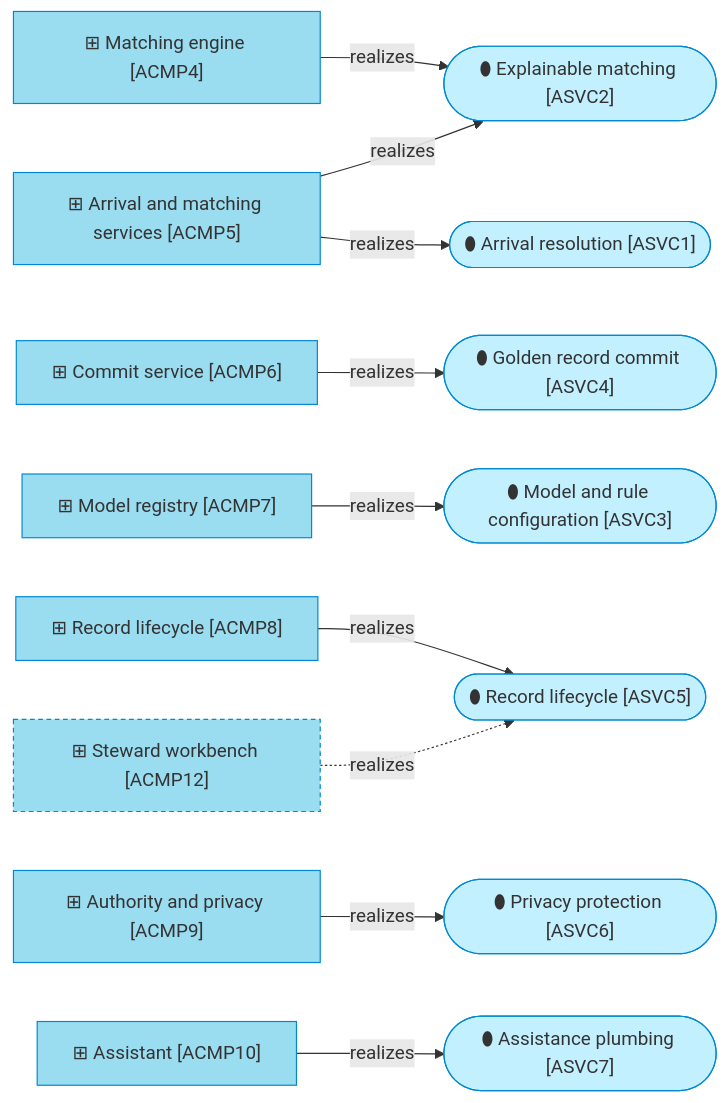
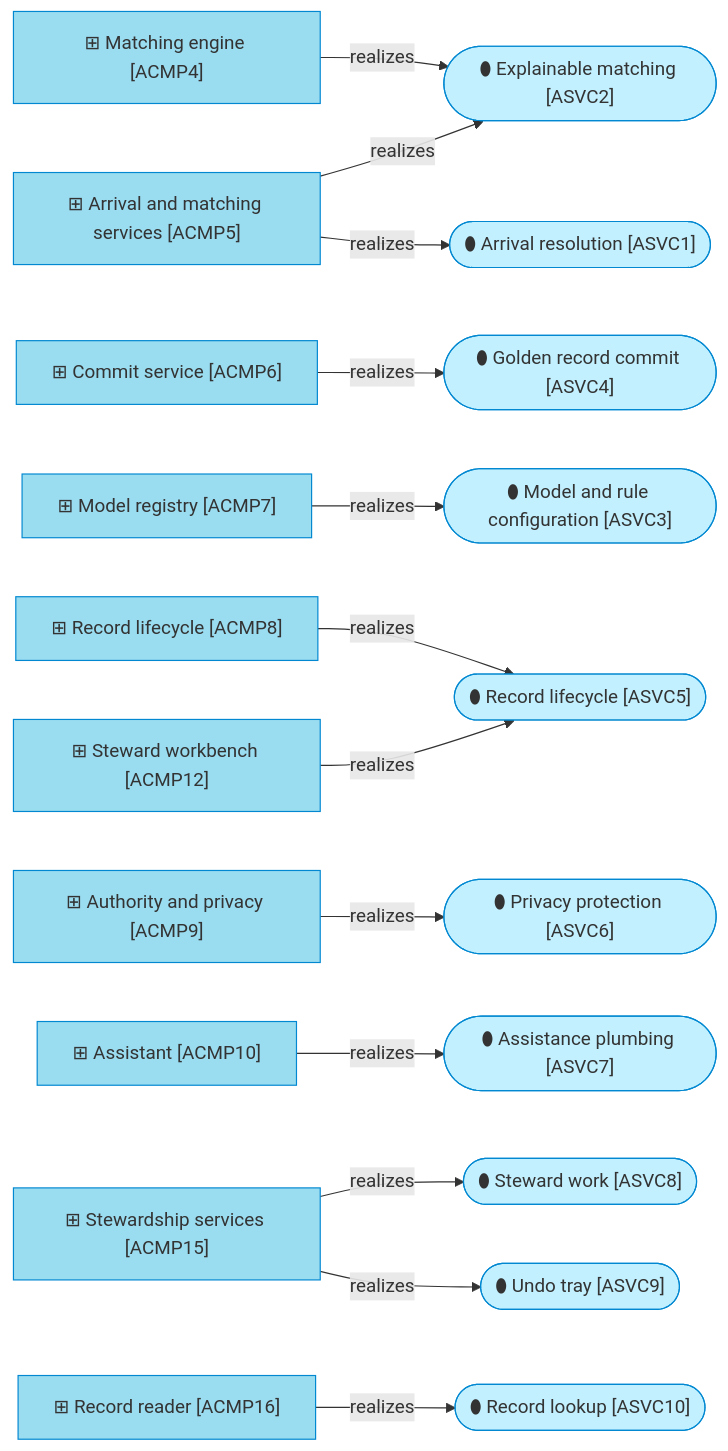
Before and after one commit to roanboc/dbx-master-data-manager: the second of 2 diagrams in architecture/4_application/2_application-components.md, drawn with Mermaid. The commit also changed other lines of this file and 43 other files, not shown here.

First line of the commit message:
docs: plan the steward workbench and model its first story (initiative 3)

````diff
--- a/architecture/4_application/2_application-components.md
+++ b/architecture/4_application/2_application-components.md
@@ -100,33 +121,40 @@
 ```mermaid
 flowchart LR
   acmp4["⊞ Matching engine [ACMP4]"]:::component
   acmp5["⊞ Arrival and matching services [ACMP5]"]:::component
   acmp6["⊞ Commit service [ACMP6]"]:::component
   acmp7["⊞ Model registry [ACMP7]"]:::component
   acmp8["⊞ Record lifecycle [ACMP8]"]:::component
   acmp9["⊞ Authority and privacy [ACMP9]"]:::component
   acmp10["⊞ Assistant [ACMP10]"]:::component
-  acmp12["⊞ Steward workbench [ACMP12]"]:::pending
+  acmp12["⊞ Steward workbench [ACMP12]"]:::component
+  acmp15["⊞ Stewardship services [ACMP15]"]:::component
+  acmp16["⊞ Record reader [ACMP16]"]:::component
 
   asvc1(["⬮ Arrival resolution [ASVC1]"]):::appservice
   asvc2(["⬮ Explainable matching [ASVC2]"]):::appservice
   asvc3(["⬮ Model and rule configuration [ASVC3]"]):::appservice
   asvc4(["⬮ Golden record commit [ASVC4]"]):::appservice
   asvc5(["⬮ Record lifecycle [ASVC5]"]):::appservice
   asvc6(["⬮ Privacy protection [ASVC6]"]):::appservice
   asvc7(["⬮ Assistance plumbing [ASVC7]"]):::appservice
+  asvc8(["⬮ Steward work [ASVC8]"]):::appservice
+  asvc9(["⬮ Undo tray [ASVC9]"]):::appservice
+  asvc10(["⬮ Record lookup [ASVC10]"]):::appservice
 
   acmp4 -->|realizes| asvc2
   acmp5 -->|realizes| asvc1
   acmp5 -->|realizes| asvc2
   acmp6 -->|realizes| asvc4
   acmp7 -->|realizes| asvc3
   acmp8 -->|realizes| asvc5
   acmp9 -->|realizes| asvc6
   acmp10 -->|realizes| asvc7
-  acmp12 -.->|realizes| asvc5
+  acmp12 -->|realizes| asvc5
+  acmp15 -->|realizes| asvc8
+  acmp15 -->|realizes| asvc9
+  acmp16 -->|realizes| asvc10
 
   classDef appservice fill:#c2f0ff,stroke:#0288d1,color:#333
   classDef component fill:#9adcf0,stroke:#0288d1,color:#333
-  classDef pending fill:#9adcf0,stroke:#0288d1,color:#333,stroke-dasharray: 4 3
 ```
````
